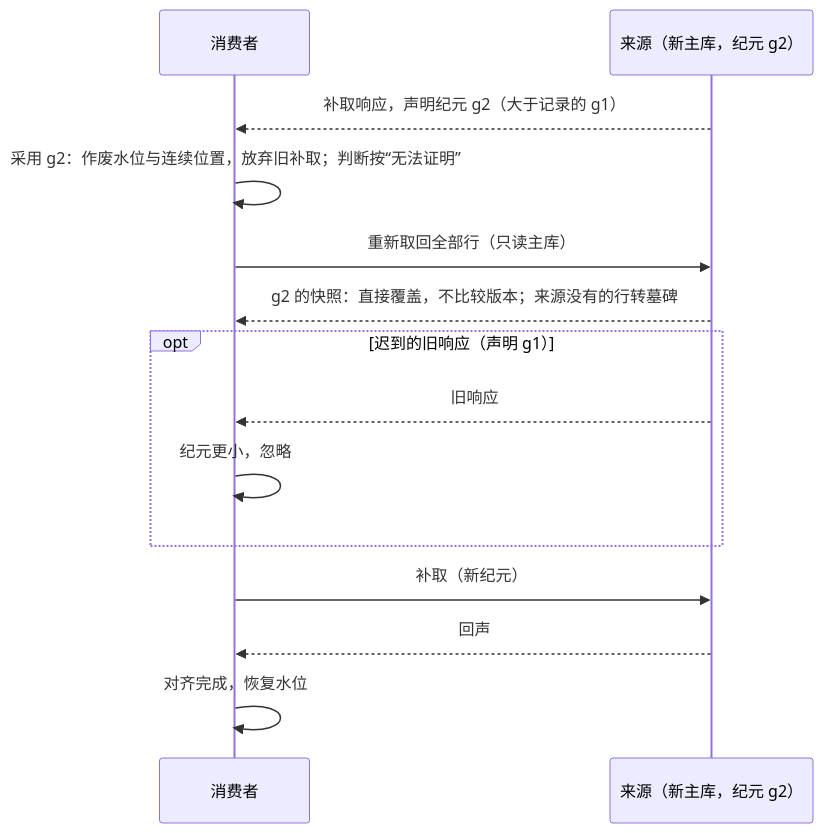
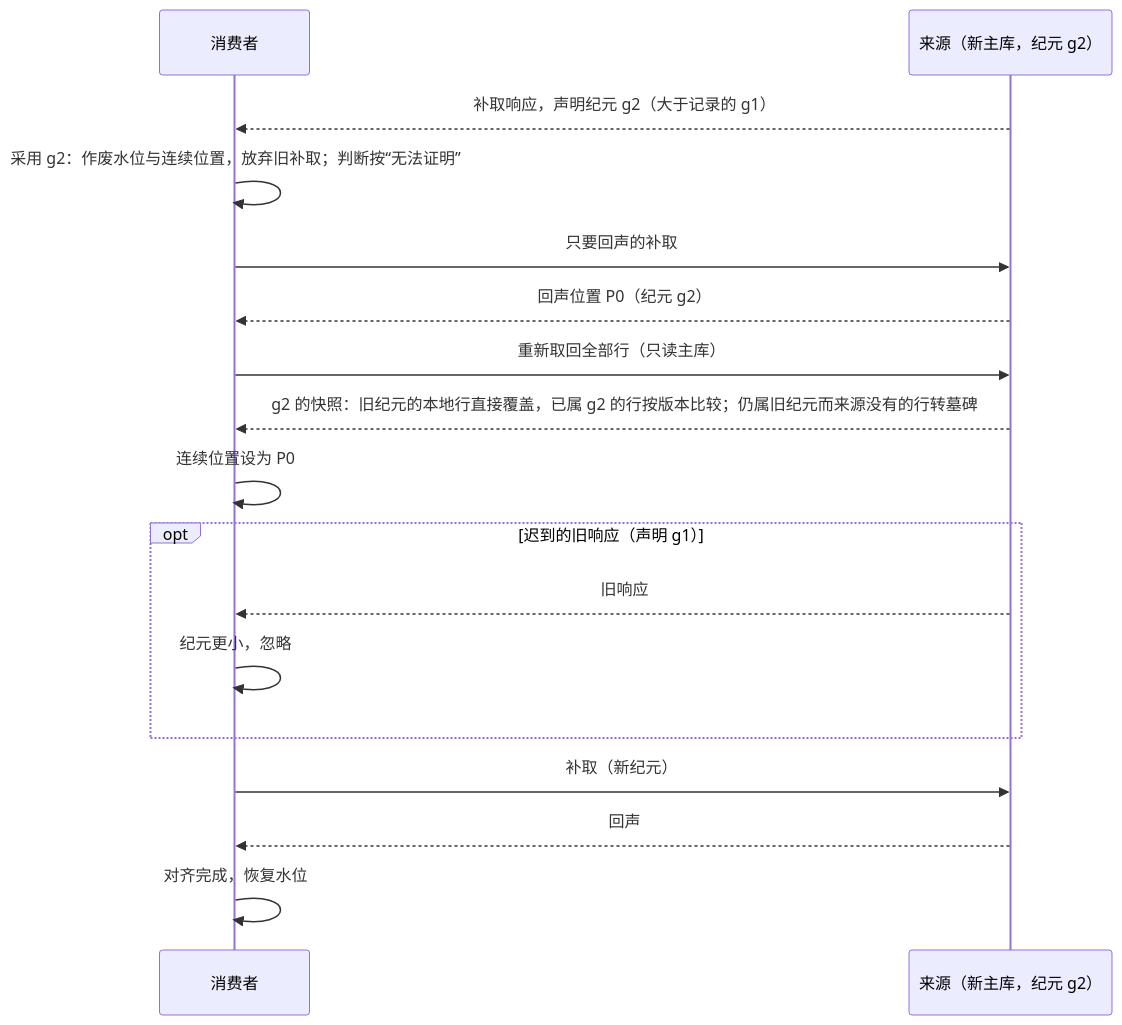
Before and after one commit to brickKit/be-assembly-standard: the second of 2 diagrams in tempDocs/final/06-protocols/02-projections.md, drawn with Mermaid. The commit also changed other lines of this file and 13 other files, not shown here.

````diff
--- a/tempDocs/final/06-protocols/02-projections.md
+++ b/tempDocs/final/06-protocols/02-projections.md
@@ -131,16 +134,19 @@
 ```mermaid
 sequenceDiagram
     participant C as 消费者
     participant S as 来源（新主库，纪元 g2）
     S-->>C: 补取响应，声明纪元 g2（大于记录的 g1）
     C->>C: 采用 g2：作废水位与连续位置，放弃旧补取；判断按“无法证明”
+    C->>S: 只要回声的补取
+    S-->>C: 回声位置 P0（纪元 g2）
     C->>S: 重新取回全部行（只读主库）
-    S-->>C: g2 的快照：直接覆盖，不比较版本；来源没有的行转墓碑
+    S-->>C: g2 的快照：旧纪元的本地行直接覆盖，已属 g2 的行按版本比较；仍属旧纪元而来源没有的行转墓碑
+    C->>C: 连续位置设为 P0
     opt 迟到的旧响应（声明 g1）
         S-->>C: 旧响应
         C->>C: 纪元更小，忽略
     end
     C->>S: 补取（新纪元）
     S-->>C: 回声
     C->>C: 对齐完成，恢复水位
 ```
````
